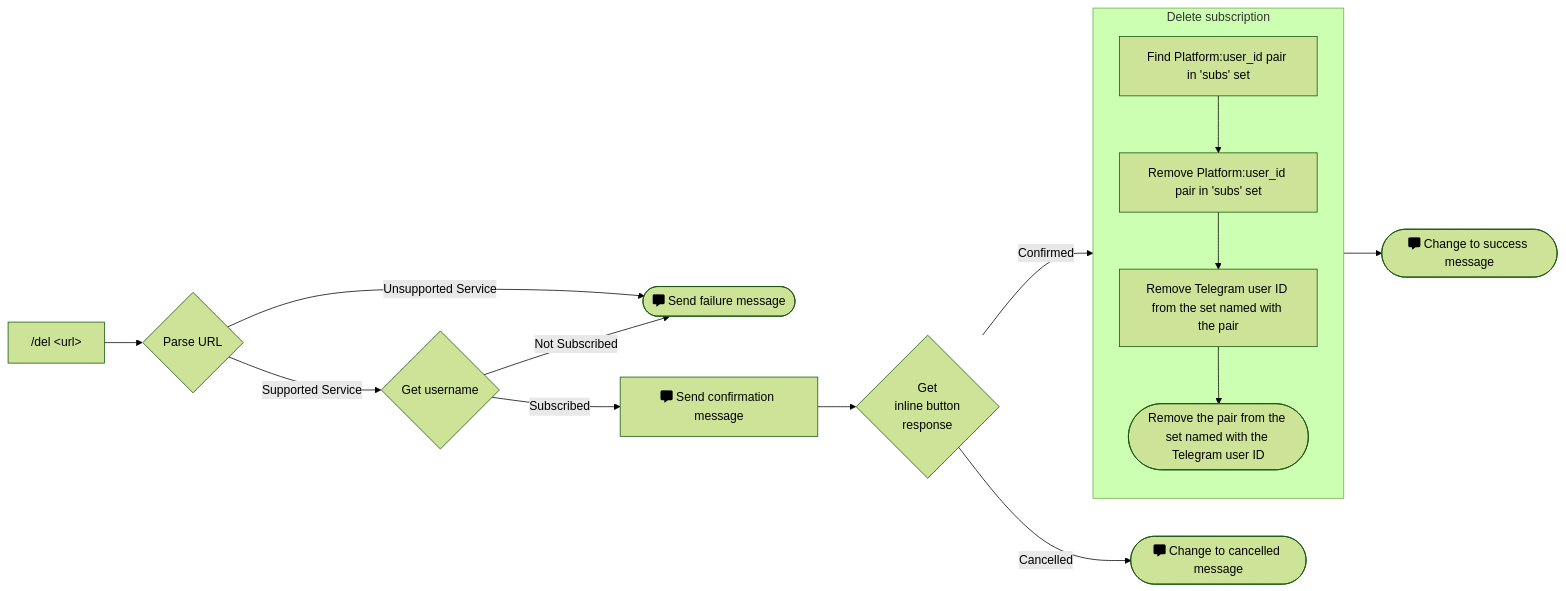
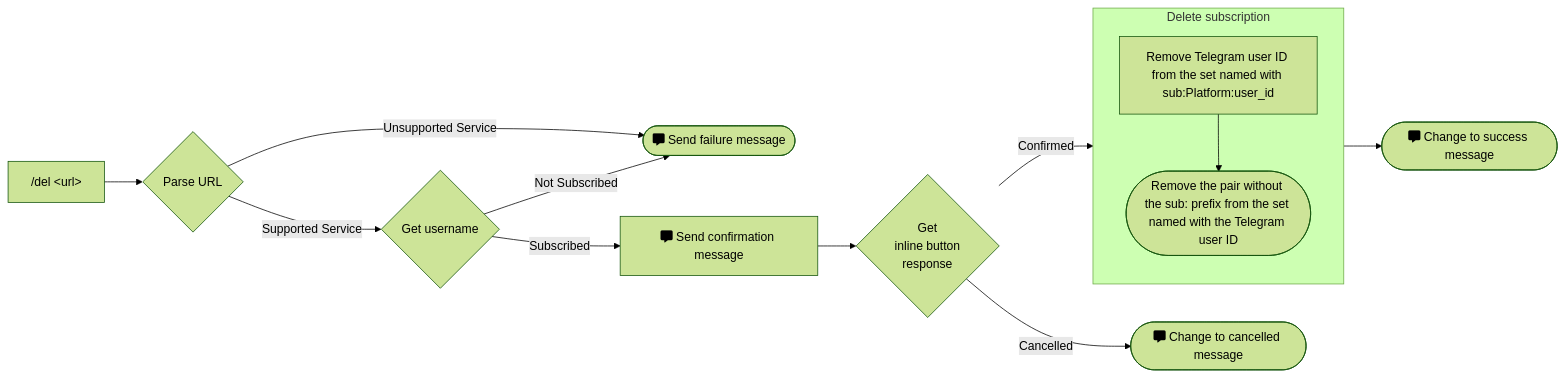
One commit to mikelei8291/Telescope changed the second of 3 diagrams in Design.md. Above: the diagram before and after it, drawn with Mermaid (forest theme). The commit also changed other lines of this file, not shown here.

````diff
--- a/Design.md
+++ b/Design.md
@@ -32,18 +28,16 @@
   ```mermaid
   flowchart LR
     subgraph s1["Delete subscription"]
-      n1["Find Platform:user_id pair in 'subs' set"]
-      n1 --> n2["Remove Platform:user_id pair in 'subs' set"]
-      n2 --> n3["Remove Telegram user ID from the set named with the pair"]
-      n3 --> n4(["Remove the pair from the set named with the Telegram user ID"])
+      n3["Remove Telegram user ID from the set named with sub:Platform:user_id"]
+      n3 --> n4(["Remove the pair without the sub: prefix from the set named with the Telegram user ID"])
     end
     A["/del &lt;url&gt;"] --> B{"Parse URL"}
     B -- Supported Service --> C{"Get username"}
     B -- Unsupported Service --> D(["fa:fa-message Send failure message"])
     C -- Not Subscribed --> D
     C -- Subscribed --> E["fa:fa-message Send confirmation message"]
     E --> F{"Get<br>inline button<br>response"}
     F -- Confirmed --> s1
     s1 --> H(["fa:fa-message Change to success message"])
     F -- Cancelled --> I(["fa:fa-message Change to cancelled message"])
   ```
````
